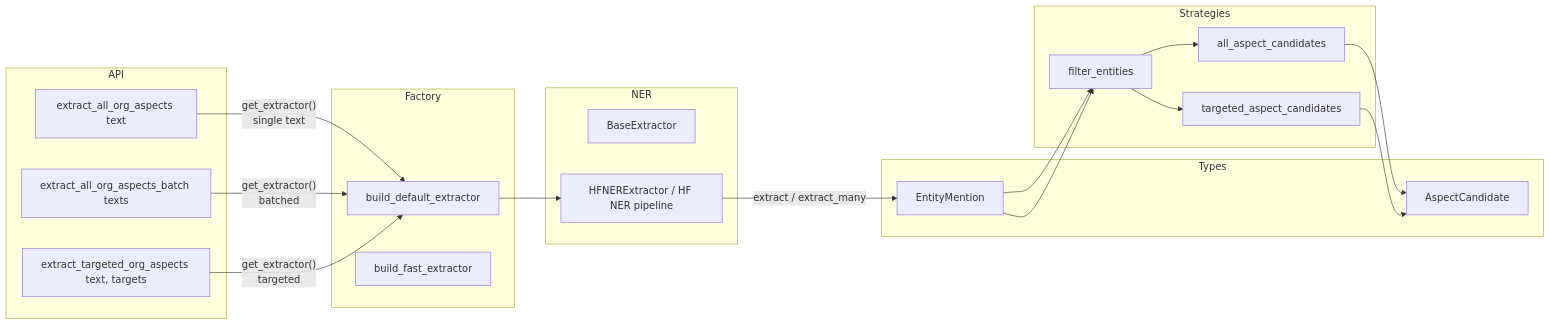
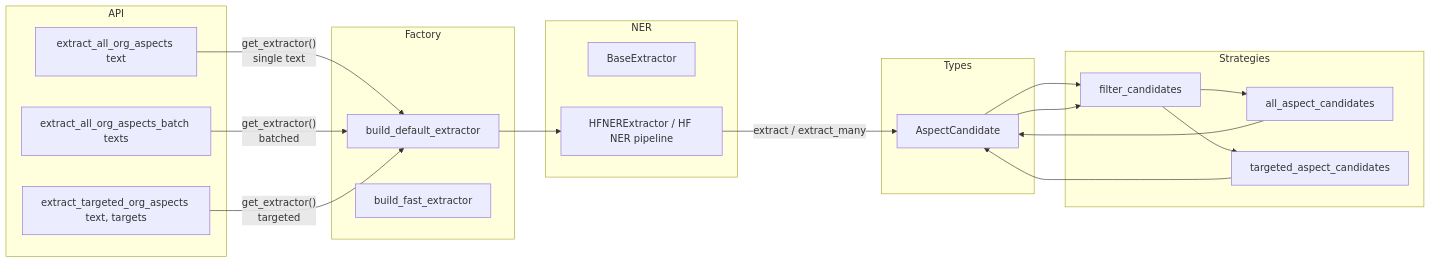
One commit to barrettsapunjis/612Project changed the diagram in diagrams/extraction.md. Above: the diagram before and after it, drawn with Mermaid. The commit also changed 28 other files, not shown here.

````diff
--- a/diagrams/extraction.md
+++ b/diagrams/extraction.md
@@ -3,37 +3,36 @@
 ```mermaid
 flowchart LR
     subgraph API
         A1[extract_all_org_aspects text]
         A2[extract_all_org_aspects_batch texts]
         A3[extract_targeted_org_aspects text, targets]
     end
 
     subgraph Factory
         F1[build_default_extractor ]
         F2[build_fast_extractor]
     end
 
     subgraph NER
         B[BaseExtractor]
         H[HFNERExtractor / HF NER pipeline]
     end
 
     subgraph Types
-        T1[EntityMention]
-        T2[AspectCandidate]
+        T1[AspectCandidate]
     end
 
     subgraph Strategies
-        S1[filter_entities]
+        S1[filter_candidates]
         S2[all_aspect_candidates]
         S3[targeted_aspect_candidates]
     end
 
     A1 -->|"get_extractor()"\nsingle text| F1 --> H
     A2 -->|"get_extractor()"\nbatched| F1
     A3 -->|"get_extractor()"\ntargeted| F1
 
     H -->|"extract / extract_many"| T1
-    T1 --> S1 --> S2 --> T2
-    T1 --> S1 --> S3 --> T2
+    T1 --> S1 --> S2 --> T1
+    T1 --> S1 --> S3 --> T1
 ```
````
